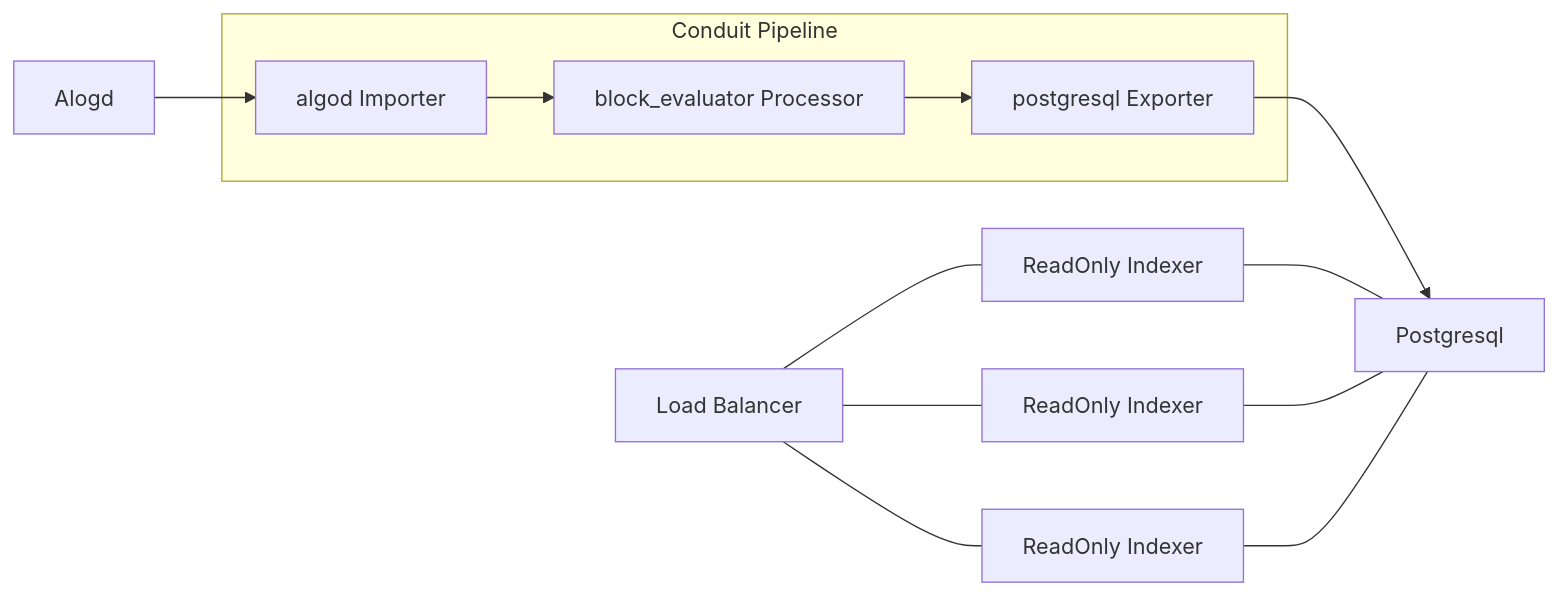
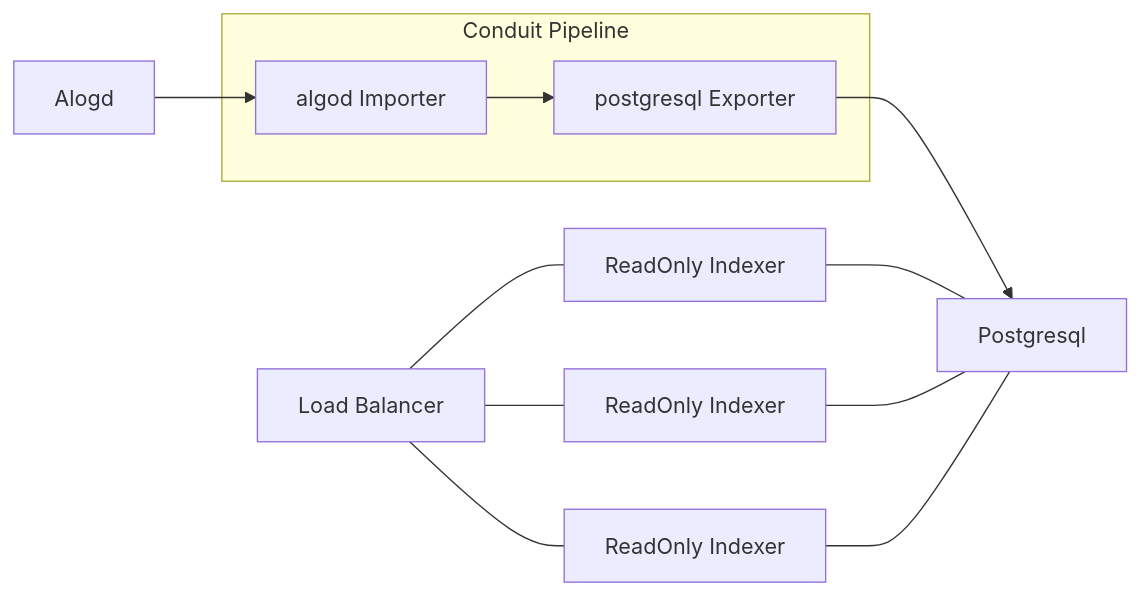
One commit to algorand/conduit changed the fourth of 4 diagrams in docs/tutorials/IndexerMigration.md. Above: the diagram before and after it, drawn with Mermaid. The commit also changed other lines of this file and 4 other files, not shown here.

Commit message:
Remove block evaluator references.

````diff
--- a/docs/tutorials/IndexerMigration.md
+++ b/docs/tutorials/IndexerMigration.md
@@ -104,26 +102,24 @@
 ```mermaid
 graph LR;
     algod["Alogd"]
     lb["Load Balancer"]
     ro1["ReadOnly Indexer"]
     ro2["ReadOnly Indexer"]
     ro3["ReadOnly Indexer"]
     psql["Postgresql"]
-    be["block_evaluator Processor"]
     pe["postgresql Exporter"]
     algodimp["algod Importer"]
 
     pe-->psql;
     algod-->algodimp;
     subgraph "Conduit Pipeline"
-        algodimp-->be;
-        be-->pe;
+        algodimp-->pe;
     end
     lb---ro1;
     ro1---psql;
     lb---ro2;
     ro2---psql;
     lb---ro3;
     ro3---psql;
     
 ```
````
